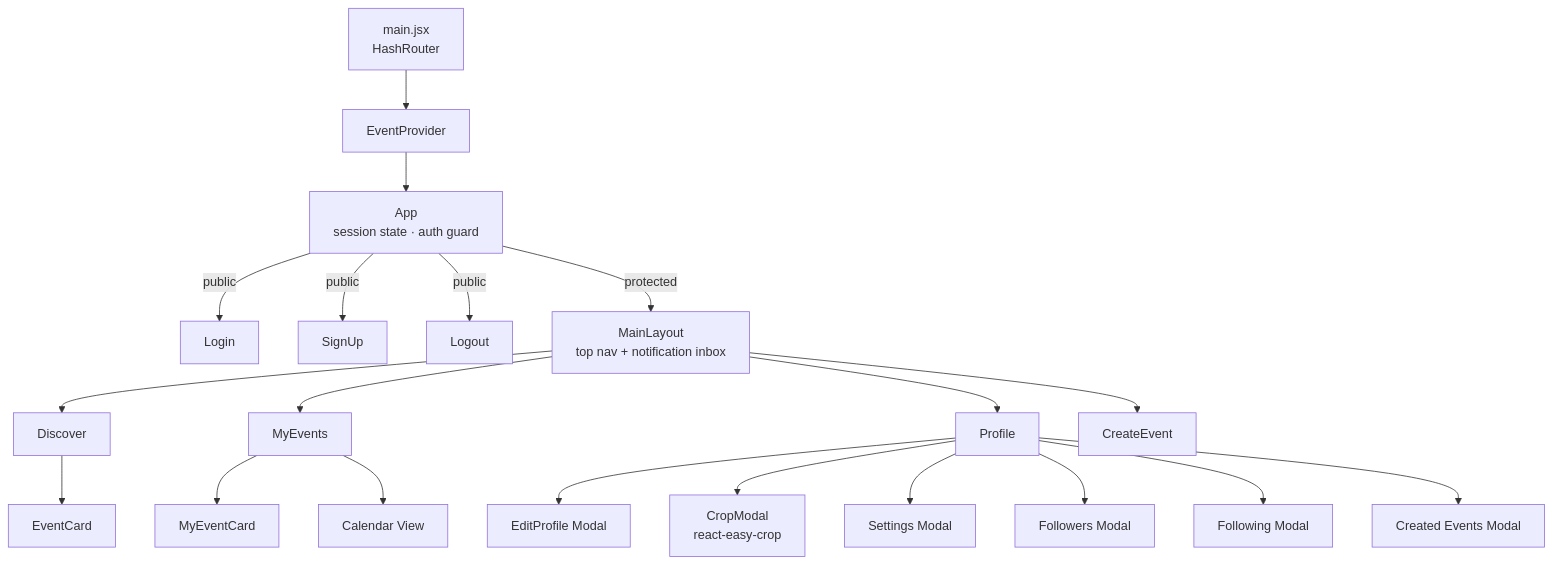
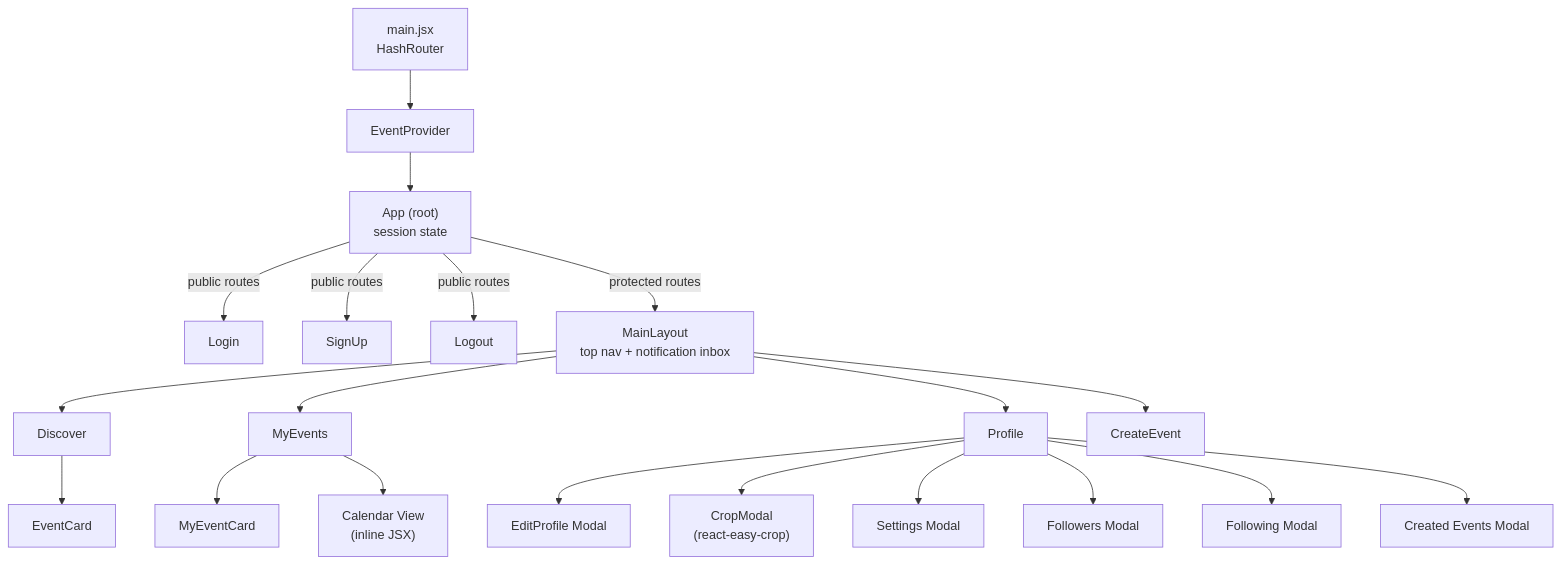
Before and after one commit to Aalbana20/campus-event-navigation: the second of 6 diagrams in docs/architecture/uml-diagrams.md, drawn with Mermaid. The commit also changed other lines of this file, not shown here.

Commit message:
Remove unused backend, add UML architecture diagrams

````diff
--- a/docs/architecture/uml-diagrams.md
+++ b/docs/architecture/uml-diagrams.md
@@ -68,27 +67,27 @@
 ```mermaid
 graph TD
-    main["main.jsx\nHashRouter"] --> EventProvider["EventProvider"]
-    EventProvider --> AppRoot["App\nsession state · auth guard"]
+    main["main.jsx\nHashRouter"] --> EventProvider
+    EventProvider --> AppRoot["App (root)\nsession state"]
 
-    AppRoot -->|public| Login
-    AppRoot -->|public| SignUp
-    AppRoot -->|public| Logout
+    AppRoot -->|"public routes"| Login
+    AppRoot -->|"public routes"| SignUp
+    AppRoot -->|"public routes"| Logout
 
-    AppRoot -->|protected| MainLayout["MainLayout\ntop nav + notification inbox"]
+    AppRoot -->|"protected routes"| MainLayout["MainLayout\ntop nav + notification inbox"]
 
     MainLayout --> Discover
     MainLayout --> MyEvents
     MainLayout --> Profile
     MainLayout --> CreateEvent
 
     Discover --> EventCard
     MyEvents --> MyEventCard
-    MyEvents --> CalendarView["Calendar View"]
+    MyEvents --> Calendar["Calendar View\n(inline JSX)"]
 
-    Profile --> EditProfile["EditProfile Modal"]
-    Profile --> CropModal["CropModal\nreact-easy-crop"]
+    Profile --> EditProfileModal["EditProfile Modal"]
+    Profile --> CropModal["CropModal\n(react-easy-crop)"]
     Profile --> SettingsModal["Settings Modal"]
     Profile --> FollowersModal["Followers Modal"]
     Profile --> FollowingModal["Following Modal"]
     Profile --> CreatedEventsModal["Created Events Modal"]
 ```
````
